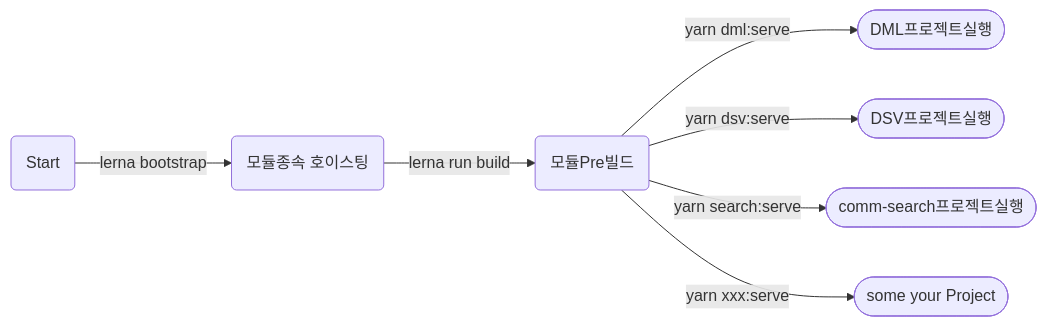
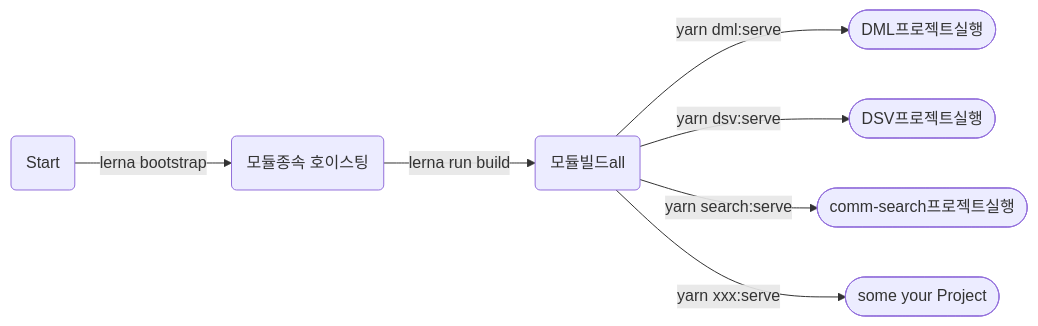
Before and after one commit to Shin-Beomchul/mono: the first of 2 diagrams in README.md, drawn with Mermaid. The commit also changed other lines of this file, not shown here.

````diff
--- a/README.md
+++ b/README.md
@@ -25,8 +25,8 @@
 ```mermaid
 graph LR
-A(Start) --lerna bootstrap --> B(모듈종속 호이스팅) --lerna run build--> C(모듈Pre빌드)
+A(Start) --lerna bootstrap --> B(모듈종속 호이스팅) --lerna run build--> C(모듈빌드all)
 C--yarn dml:serve -->D([DML프로젝트실행])
 C--yarn dsv:serve-->E([DSV프로젝트실행])
 C--yarn search:serve -->F([comm-search프로젝트실행])
 C--yarn xxx:serve -->G([some your Project])
 ```
````
